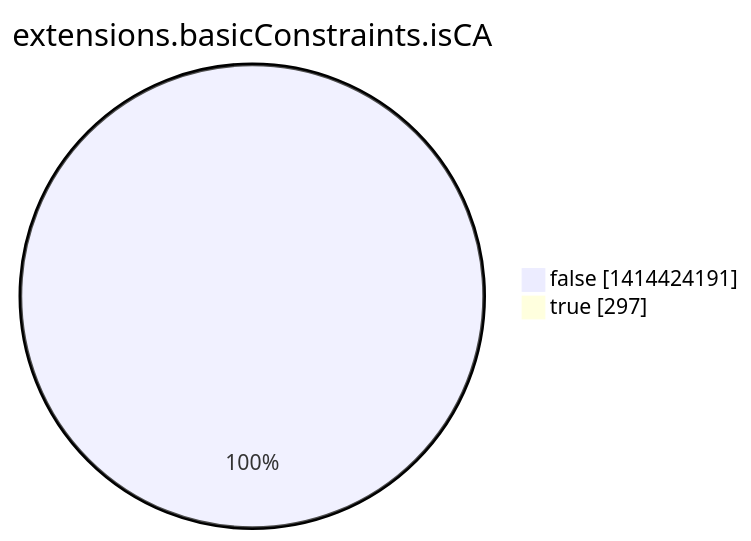
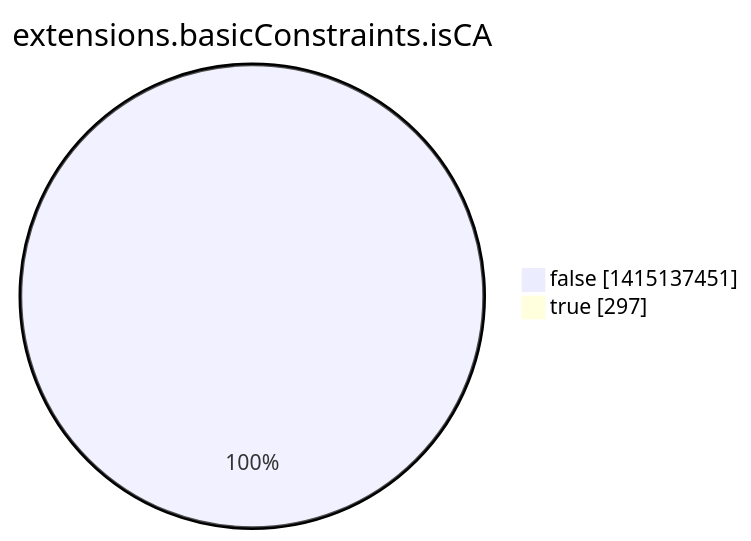
Before and after one commit to christiankrug/ctmonitor_visualization: the eighth of 15 diagrams in argon2022/README.md, drawn with Mermaid. The commit also changed other lines of this file, not shown here.

````diff
--- a/argon2022/README.md
+++ b/argon2022/README.md
@@ -2760,6 +2760,6 @@
 ```mermaid
 pie showData
 title extensions.basicConstraints.isCA
-"false" :1414424191
+"false" :1415137451
 "true" :297
 ```
````
